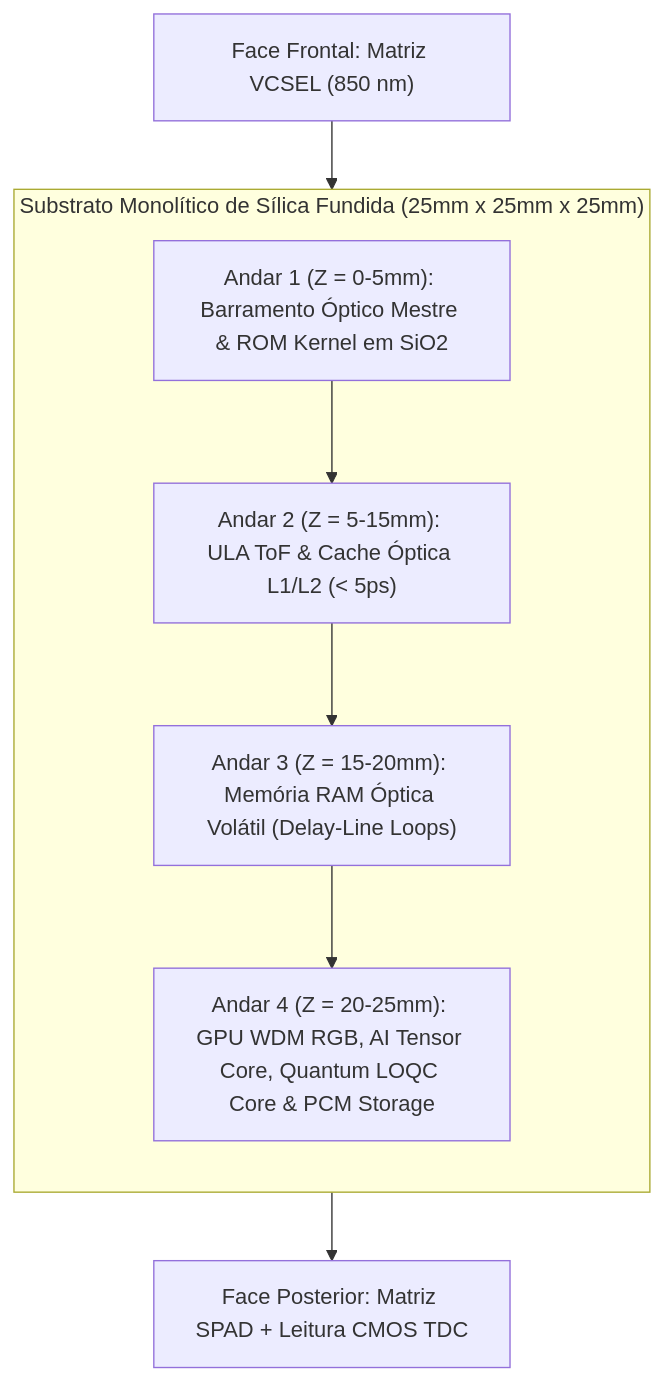
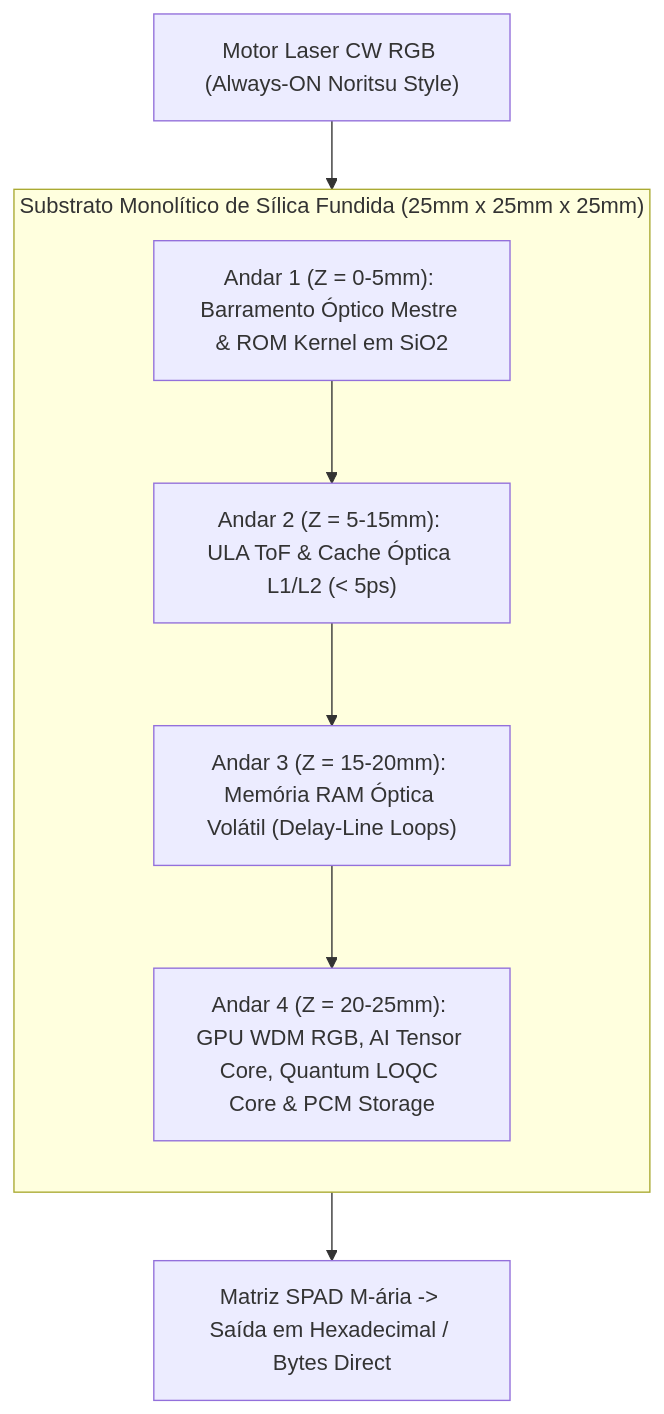
One commit to Roliveira96/SilicaCore changed the diagram in README.md. Above: the diagram before and after it, drawn with Mermaid. The commit also changed other lines of this file and 6 other files, not shown here.

Commit message:
feat(hardware): adiciona motor laser contínuo estilo Noritsu CW e codificação densa M-ária (Hexadecimal / Byte)

````diff
--- a/README.md
+++ b/README.md
@@ -93,17 +95,17 @@
 ```mermaid
 flowchart TD
     subgraph CuboSilica["Substrato Monolítico de Sílica Fundida (25mm x 25mm x 25mm)"]
         direction TB
         Andar4["Andar 4 (Z = 20-25mm): GPU WDM RGB, AI Tensor Core, Quantum LOQC Core & PCM Storage"]
         Andar3["Andar 3 (Z = 15-20mm): Memória RAM Óptica Volátil (Delay-Line Loops)"]
         Andar2["Andar 2 (Z = 5-15mm): ULA ToF & Cache Óptica L1/L2 (< 5ps)"]
         Andar1["Andar 1 (Z = 0-5mm): Barramento Óptico Mestre & ROM Kernel em SiO2"]
 
         Andar1 --> Andar2
         Andar2 --> Andar3
         Andar3 --> Andar4
     end
 
-    Input["Face Frontal: Matriz VCSEL (850 nm)"] --> CuboSilica
-    CuboSilica --> Output["Face Posterior: Matriz SPAD + Leitura CMOS TDC"]
+    Input["Motor Laser CW RGB (Always-ON Noritsu Style)"] --> CuboSilica
+    CuboSilica --> Output["Matriz SPAD M-ária -> Saída em Hexadecimal / Bytes Direct"]
 ```
````
